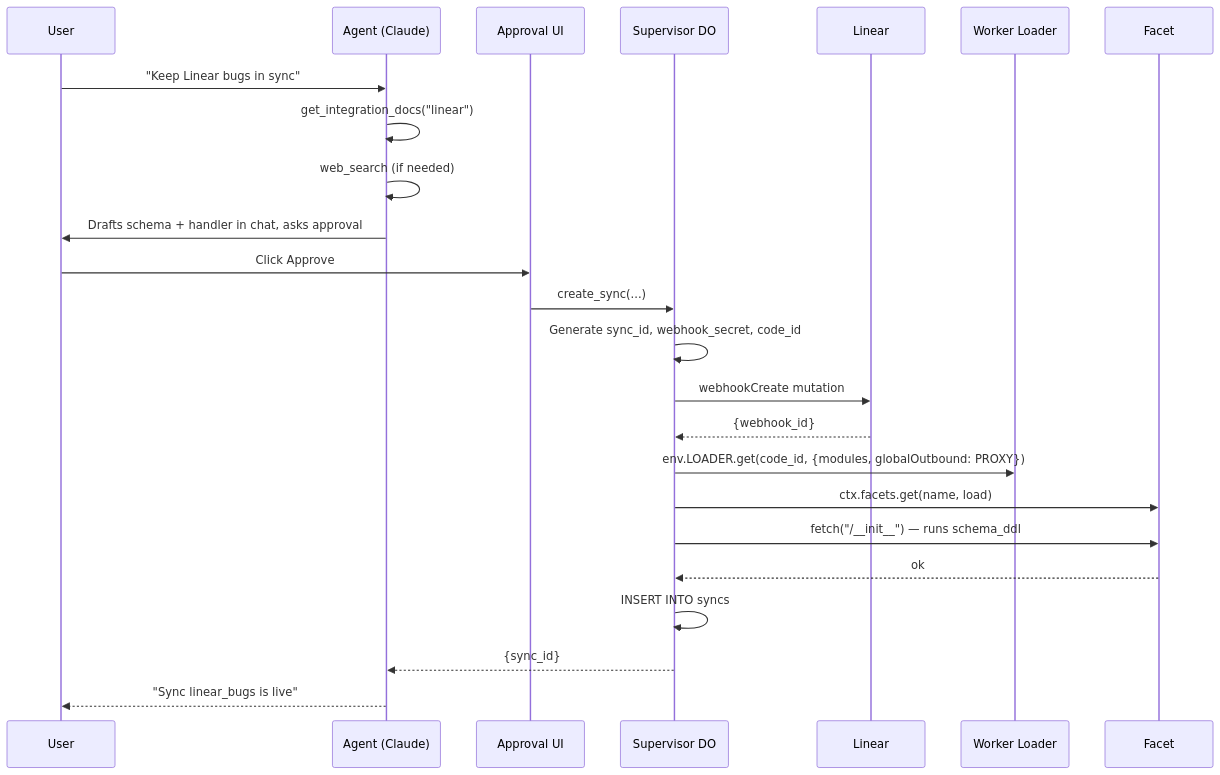
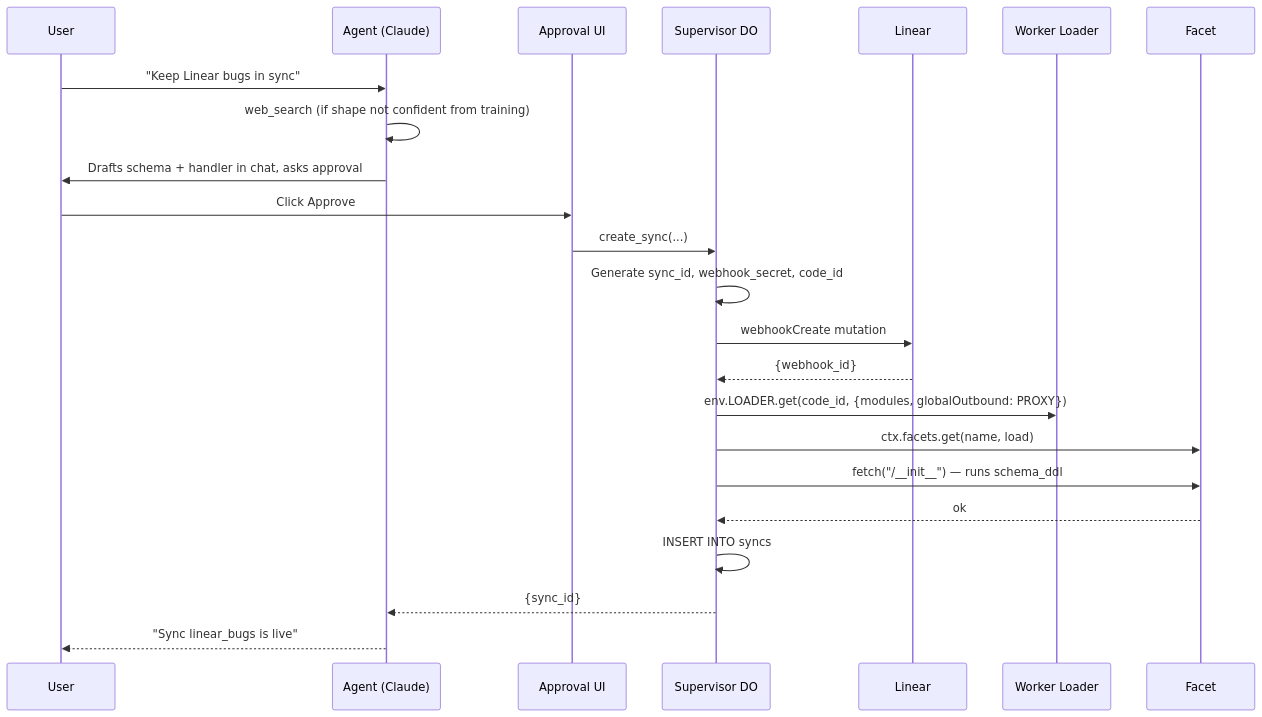
Before and after one commit to georgeatparallel/self-syncing-agent: the second of 3 diagrams in docs/superpowers/specs/2026-04-17-self-syncing-agent-architecture-design.md, drawn with Mermaid. The commit also changed other lines of this file and 3 other files, not shown here.

````diff
--- a/docs/superpowers/specs/2026-04-17-self-syncing-agent-architecture-design.md
+++ b/docs/superpowers/specs/2026-04-17-self-syncing-agent-architecture-design.md
@@ -288,27 +287,26 @@
 ```mermaid
 sequenceDiagram
     participant User
     participant Agent as Agent (Claude)
     participant UI as Approval UI
     participant Sup as Supervisor DO
     participant Linear
     participant Loader as Worker Loader
     participant Facet
 
     User->>Agent: "Keep Linear bugs in sync"
-    Agent->>Agent: get_integration_docs("linear")
-    Agent->>Agent: web_search (if needed)
+    Agent->>Agent: web_search (if shape not confident from training)
     Agent->>User: Drafts schema + handler in chat, asks approval
     User->>UI: Click Approve
     UI->>Sup: create_sync(...)
     Sup->>Sup: Generate sync_id, webhook_secret, code_id
     Sup->>Linear: webhookCreate mutation
     Linear-->>Sup: {webhook_id}
     Sup->>Loader: env.LOADER.get(code_id, {modules, globalOutbound: PROXY})
     Sup->>Facet: ctx.facets.get(name, load)
     Sup->>Facet: fetch("/__init__") — runs schema_ddl
     Facet-->>Sup: ok
     Sup->>Sup: INSERT INTO syncs
     Sup-->>Agent: {sync_id}
     Agent-->>User: "Sync linear_bugs is live"
 ```
````
